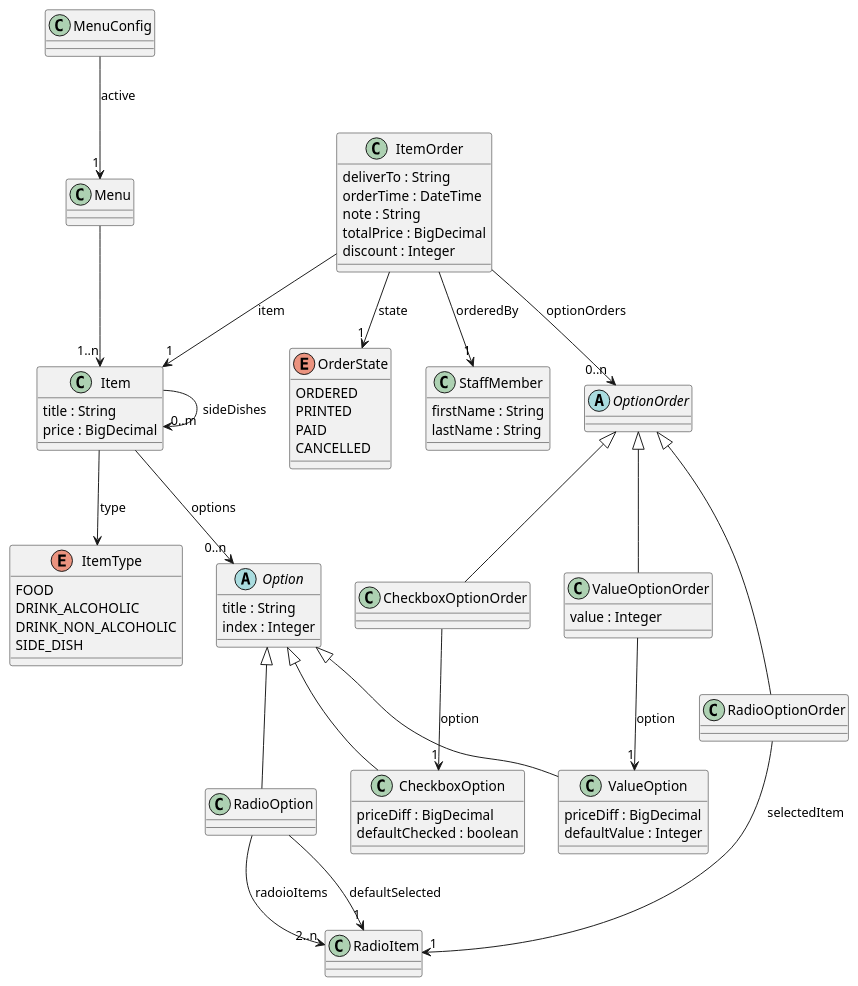
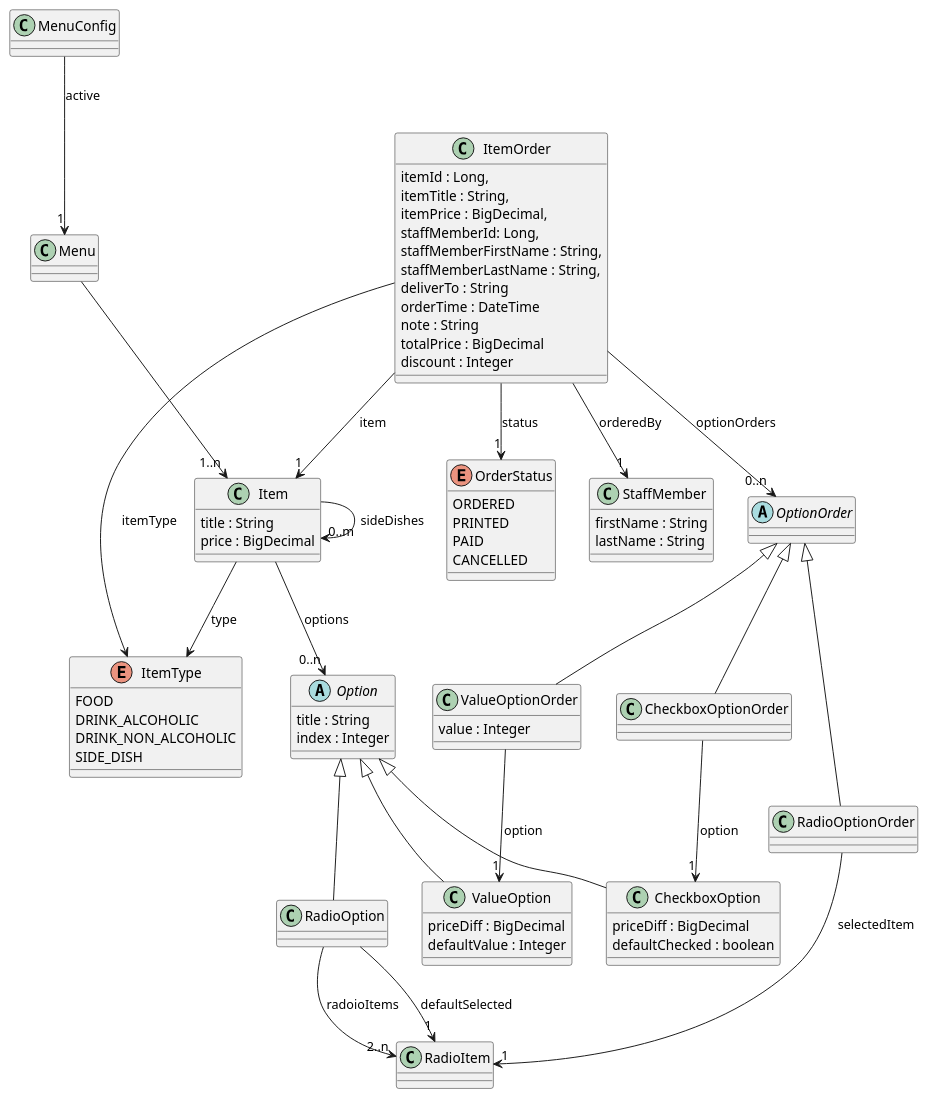
One commit to clboettcher/bonappetit changed the diagram in bonappetit-documentation/src/docs/asciidoc/development/domain_model.adoc. Above: the diagram before and after it, drawn with PlantUML.

Commit message:
Updated domain model with new item order properties

```diff
--- a/bonappetit-documentation/src/docs/asciidoc/development/domain_model.adoc
+++ b/bonappetit-documentation/src/docs/asciidoc/development/domain_model.adoc
@@ -42,6 +42,12 @@
 ' Orders
 '''''''''''''''''''''''''''''''''''''''''''''''''''''''''''''''''''''''''''''''''''''''''''''''''''''''''''''''''''''''
 class ItemOrder {
+    itemId : Long,
+    itemTitle : String,
+    itemPrice : BigDecimal,
+    staffMemberId: Long,
+    staffMemberFirstName : String,
+    staffMemberLastName : String,
     deliverTo : String
     orderTime : DateTime
     note : String
@@ -55,7 +61,7 @@
 }
 class RadioOptionOrder
 class CheckboxOptionOrder
-enum OrderState {
+enum OrderStatus {
     ORDERED
     PRINTED
     PAID
@@ -85,10 +91,11 @@
 RadioOption --> "1" RadioItem : defaultSelected
 RadioOption --> "2..n" RadioItem : radoioItems
 
-ItemOrder --> "1" OrderState : state
+ItemOrder --> "1" OrderStatus : status
 ItemOrder --> "1" StaffMember : orderedBy
 ItemOrder --> "1" Item : item
 ItemOrder --> "0..n" OptionOrder : optionOrders
+ItemOrder --> ItemType : itemType
 
 OptionOrder <|-- ValueOptionOrder
 OptionOrder <|-- RadioOptionOrder
```
